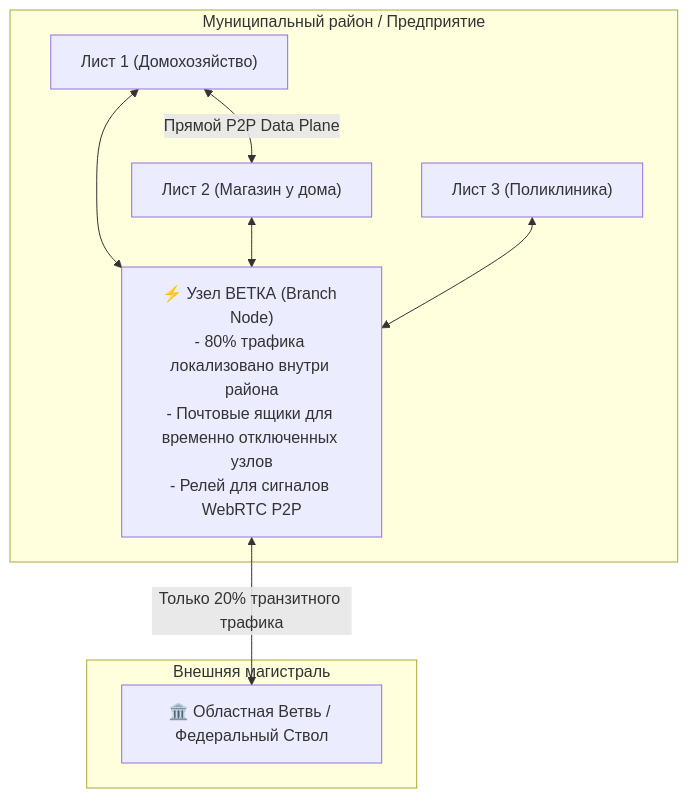
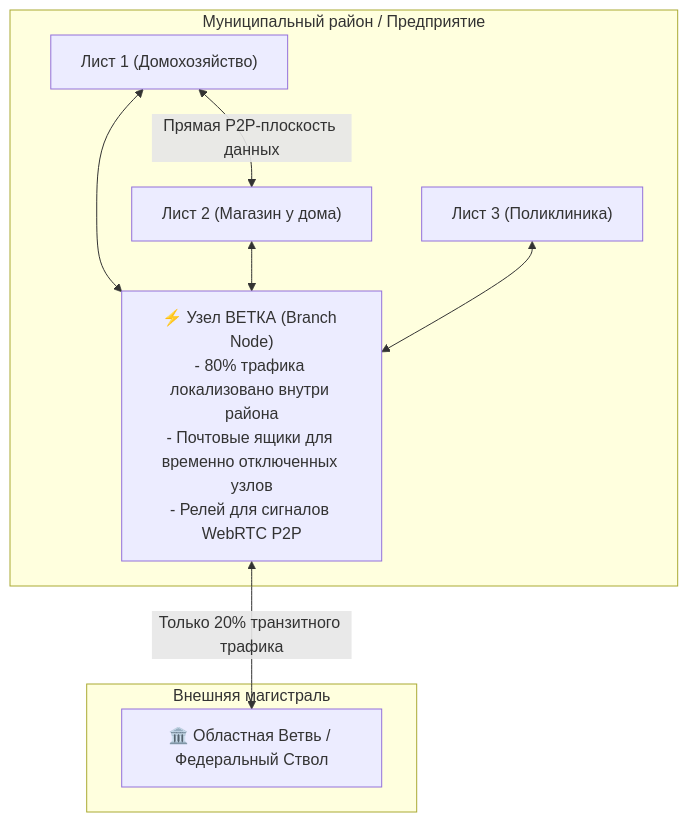
One commit to Data-Independence-Network/presentations changed the second of 13 diagrams in architecture_presentations/04_branch_pipeline_and_storage/docs/presentation_deck.md. Above: the diagram before and after it, drawn with Mermaid. The commit also changed other lines of this file and 88 other files, not shown here.

```diff
--- a/architecture_presentations/04_branch_pipeline_and_storage/docs/presentation_deck.md
+++ b/architecture_presentations/04_branch_pipeline_and_storage/docs/presentation_deck.md
@@ -80,19 +80,19 @@
         <div class="mermaid">
 graph TB
     subgraph District["Муниципальный район / Предприятие"]
         L1["Лист 1 (Домохозяйство)"]
         L2["Лист 2 (Магазин у дома)"]
         L3["Лист 3 (Поликлиника)"]
         Branch["⚡ Узел ВЕТКА (Branch Node)<br/>- 80% трафика локализовано внутри района<br/>- Почтовые ящики для временно отключенных узлов<br/>- Релей для сигналов WebRTC P2P"]
     end
 
     subgraph Backbone["Внешняя магистраль"]
         ParentBranch["🏛️ Областная Ветвь / Федеральный Ствол"]
     end
 
-    L1 <-->|Прямой P2P Data Plane| L2
+    L1 <-->|Прямая P2P-плоскость данных| L2
     L1 <--> Branch
     L2 <--> Branch
     L3 <--> Branch
     Branch <-->|Только 20% транзитного трафика| ParentBranch
         </div>
```
